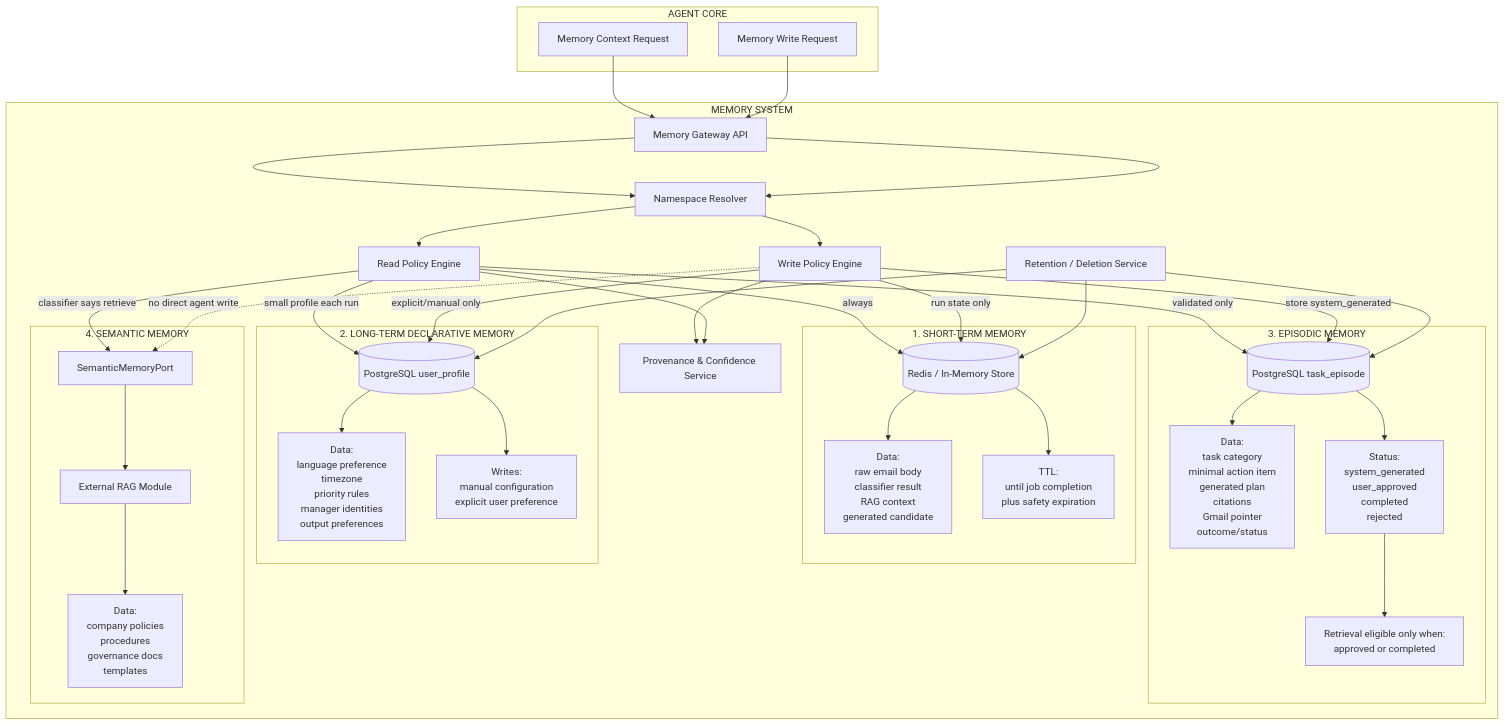
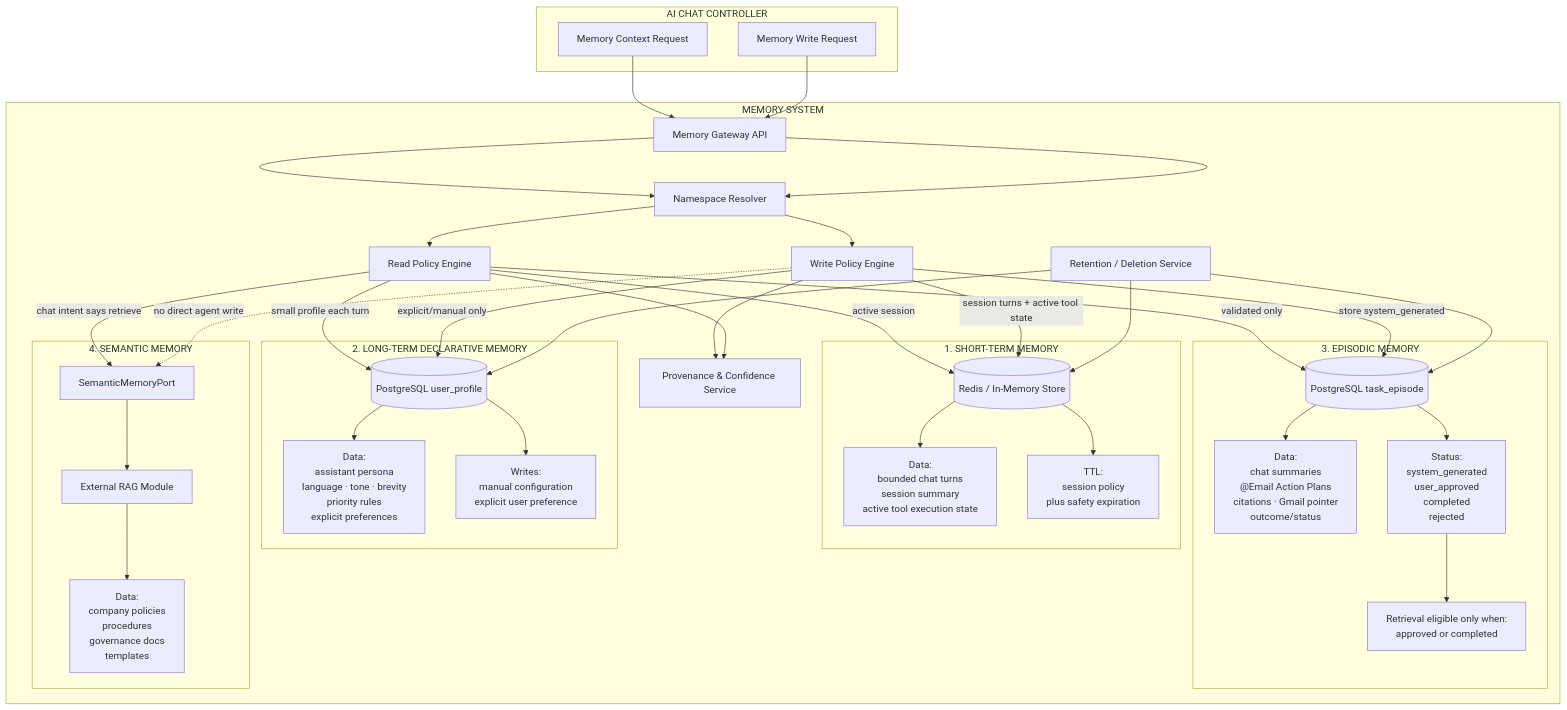
Before and after one commit to MathematicGuy/EMAIL-AGENT-v1: the fifth of 7 diagrams in docs/architectures/TARGET-ARCHITECTURE.md, drawn with Mermaid. The commit also changed other lines of this file, not shown here.

Commit message:
docs(architecture): center target on AI Chat

````diff
--- a/docs/architectures/TARGET-ARCHITECTURE.md
+++ b/docs/architectures/TARGET-ARCHITECTURE.md
@@ -505,74 +538,74 @@
 ```mermaid
 flowchart TB
 
-    subgraph CLIENT["AGENT CORE"]
+    subgraph CLIENT["AI CHAT CONTROLLER"]
         REQ["Memory Context Request"]
         WRITE["Memory Write Request"]
     end
 
     subgraph MEMORY["MEMORY SYSTEM"]
         API["Memory Gateway API"]
         NS["Namespace Resolver"]
         READPOL["Read Policy Engine"]
         WRITEPOL["Write Policy Engine"]
         PROV["Provenance & Confidence Service"]
         DELETE["Retention / Deletion Service"]
 
         subgraph SHORTBOX["1. SHORT-TERM MEMORY"]
             SHORT[("Redis / In-Memory Store")]
-            SHORTDATA["Data:<br/>raw email body<br/>classifier result<br/>RAG context<br/>generated candidate"]
-            SHORTTTL["TTL:<br/>until job completion<br/>plus safety expiration"]
+            SHORTDATA["Data:<br/>bounded chat turns<br/>session summary<br/>active tool execution state"]
+            SHORTTTL["TTL:<br/>session policy<br/>plus safety expiration"]
         end
 
         subgraph LONGBOX["2. LONG-TERM DECLARATIVE MEMORY"]
             LONG[("PostgreSQL user_profile")]
-            LONGDATA["Data:<br/>language preference<br/>timezone<br/>priority rules<br/>manager identities<br/>output preferences"]
+            LONGDATA["Data:<br/>assistant persona<br/>language · tone · brevity<br/>priority rules<br/>explicit preferences"]
             LONGWRITE["Writes:<br/>manual configuration<br/>explicit user preference"]
         end
 
         subgraph EPIBOX["3. EPISODIC MEMORY"]
             EPISODE[("PostgreSQL task_episode")]
-            EPIDATA["Data:<br/>task category<br/>minimal action item<br/>generated plan<br/>citations<br/>Gmail pointer<br/>outcome/status"]
+            EPIDATA["Data:<br/>chat summaries<br/>@Email Action Plans<br/>citations · Gmail pointer<br/>outcome/status"]
             STATUS["Status:<br/>system_generated<br/>user_approved<br/>completed<br/>rejected"]
             ELIGIBLE["Retrieval eligible only when:<br/>approved or completed"]
         end
 
         subgraph SEMBOX["4. SEMANTIC MEMORY"]
             SEM["SemanticMemoryPort"]
             RAG["External RAG Module"]
             SEMDATA["Data:<br/>company policies<br/>procedures<br/>governance docs<br/>templates"]
         end
     end
 
     REQ --> API --> NS --> READPOL
 
-    READPOL -->|always| SHORT
-    READPOL -->|small profile each run| LONG
+    READPOL -->|active session| SHORT
+    READPOL -->|small profile each turn| LONG
     READPOL -->|validated only| EPISODE
-    READPOL -->|classifier says retrieve| SEM
+    READPOL -->|chat intent says retrieve| SEM
 
     SHORT --> SHORTDATA
     SHORT --> SHORTTTL
 
     LONG --> LONGDATA
     LONG --> LONGWRITE
 
     EPISODE --> EPIDATA
     EPISODE --> STATUS
     STATUS --> ELIGIBLE
 
     SEM --> RAG --> SEMDATA
 
     WRITE --> API --> NS --> WRITEPOL
-    WRITEPOL -->|run state only| SHORT
+    WRITEPOL -->|session turns + active tool state| SHORT
     WRITEPOL -->|explicit/manual only| LONG
     WRITEPOL -->|store system_generated| EPISODE
     WRITEPOL -. no direct agent write .-> SEM
 
     WRITEPOL --> PROV
     READPOL --> PROV
 
     DELETE --> SHORT
     DELETE --> LONG
     DELETE --> EPISODE
 ```
````
